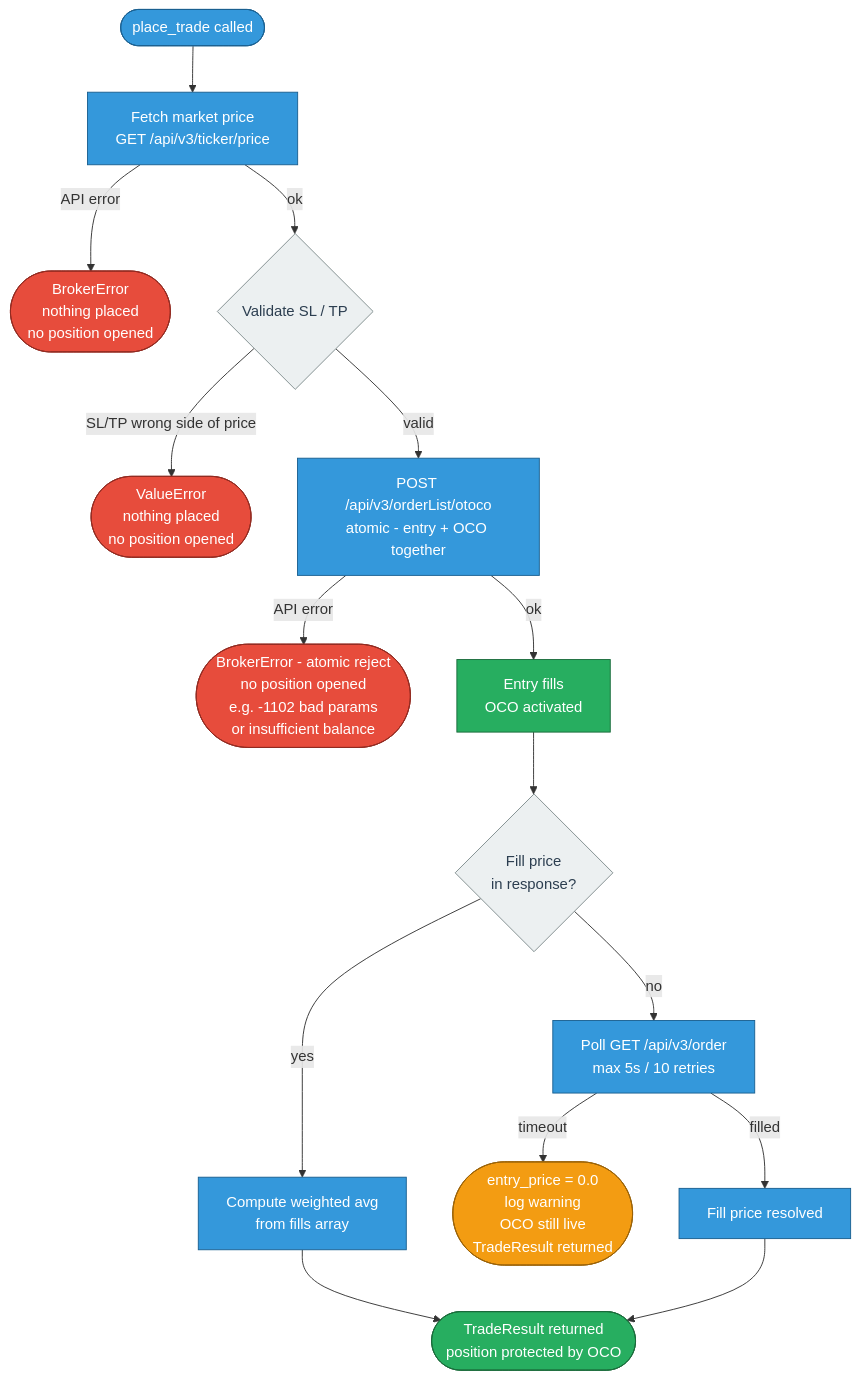
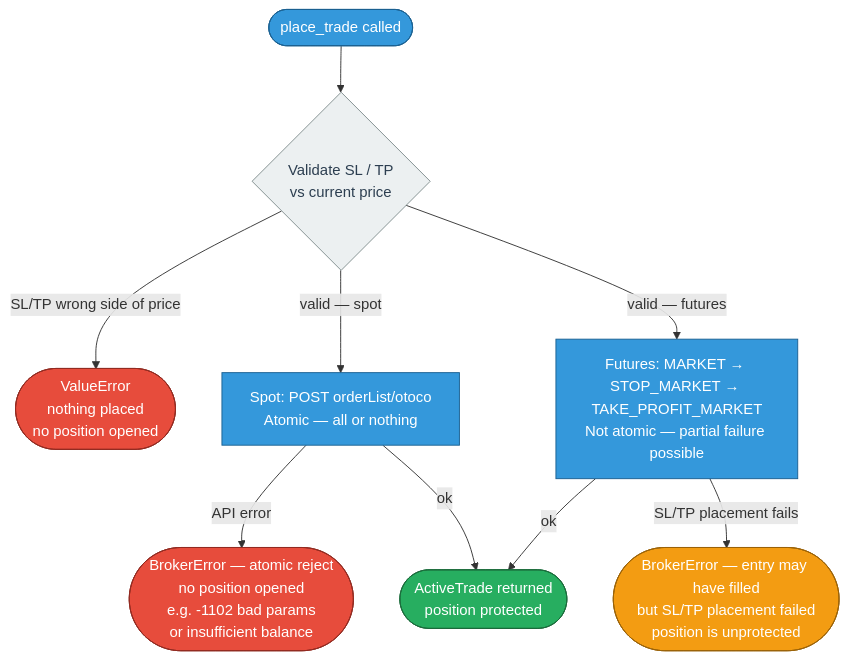
One commit to jiveshanand007/auto-trading-bot changed the sixth of 6 diagrams in docs/flows/trade-execution-flow.md. Above: the diagram before and after it, drawn with Mermaid. The commit also changed other lines of this file and 1 other file, not shown here.

First line of the commit message:
docs: add HLD and update trade execution flow diagrams

````diff
--- a/docs/flows/trade-execution-flow.md
+++ b/docs/flows/trade-execution-flow.md
@@ -144,44 +241,30 @@
 ```mermaid
 flowchart TD
     classDef normal fill:#3498db,stroke:#1a6091,color:#fff
     classDef decision fill:#ecf0f1,stroke:#7f8c8d,color:#2c3e50
     classDef error fill:#e74c3c,stroke:#922b21,color:#fff
     classDef warn fill:#f39c12,stroke:#9a6208,color:#fff
     classDef success fill:#27ae60,stroke:#1a6b3b,color:#fff
 
     START(["place_trade called"]):::normal
 
-    FETCH["Fetch market price\nGET /api/v3/ticker/price"]:::normal
-    FETCH_ERR(["BrokerError\nnothing placed\nno position opened"]):::error
-
-    VALIDATE{"Validate SL / TP"}:::decision
+    VALIDATE{"Validate SL / TP\nvs current price"}:::decision
     VAL_ERR(["ValueError\nnothing placed\nno position opened"]):::error
 
-    OTOCO["POST /api/v3/orderList/otoco\natomic - entry + OCO together"]:::normal
-    OTOCO_ERR(["BrokerError - atomic reject\nno position opened\ne.g. -1102 bad params\nor insufficient balance"]):::error
+    SPOT_OTOCO["Spot: POST orderList/otoco\nAtomic — all or nothing"]:::normal
+    FUT_SEQ["Futures: MARKET → STOP_MARKET → TAKE_PROFIT_MARKET\nNot atomic — partial failure possible"]:::normal
 
-    FILLED["Entry fills\nOCO activated"]:::success
+    SPOT_ERR(["BrokerError — atomic reject\nno position opened\ne.g. -1102 bad params\nor insufficient balance"]):::error
+    FUT_ERR(["BrokerError — entry may have filled\nbut SL/TP placement failed\nposition is unprotected"]):::warn
 
-    POLL{"Fill price\nin response?"}:::decision
-    POLL_YES["Compute weighted avg\nfrom fills array"]:::normal
-    POLL_RETRY["Poll GET /api/v3/order\nmax 5s / 10 retries"]:::normal
-    POLL_TIMEOUT(["entry_price = 0.0\nlog warning\nOCO still live\nTradeResult returned"]):::warn
-    POLL_OK["Fill price resolved"]:::normal
+    RESULT(["ActiveTrade returned\nposition protected"]):::success
 
-    RESULT(["TradeResult returned\nposition protected by OCO"]):::success
-
-    START --> FETCH
-    FETCH -->|"API error"| FETCH_ERR
-    FETCH -->|"ok"| VALIDATE
+    START --> VALIDATE
     VALIDATE -->|"SL/TP wrong side of price"| VAL_ERR
-    VALIDATE -->|"valid"| OTOCO
-    OTOCO -->|"API error"| OTOCO_ERR
-    OTOCO -->|"ok"| FILLED
-    FILLED --> POLL
-    POLL -->|"yes"| POLL_YES
-    POLL -->|"no"| POLL_RETRY
-    POLL_RETRY -->|"timeout"| POLL_TIMEOUT
-    POLL_RETRY -->|"filled"| POLL_OK
-    POLL_YES --> RESULT
-    POLL_OK --> RESULT
+    VALIDATE -->|"valid — spot"| SPOT_OTOCO
+    VALIDATE -->|"valid — futures"| FUT_SEQ
+    SPOT_OTOCO -->|"API error"| SPOT_ERR
+    SPOT_OTOCO -->|"ok"| RESULT
+    FUT_SEQ -->|"SL/TP placement fails"| FUT_ERR
+    FUT_SEQ -->|"ok"| RESULT
 ```
````
